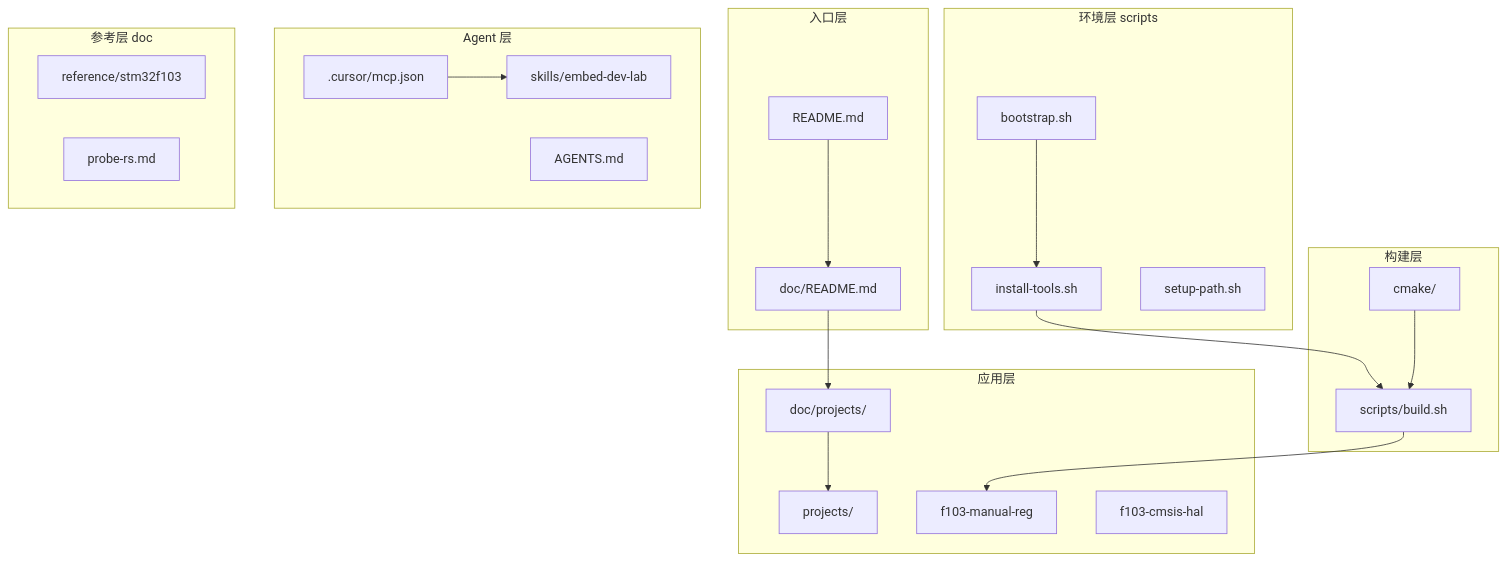
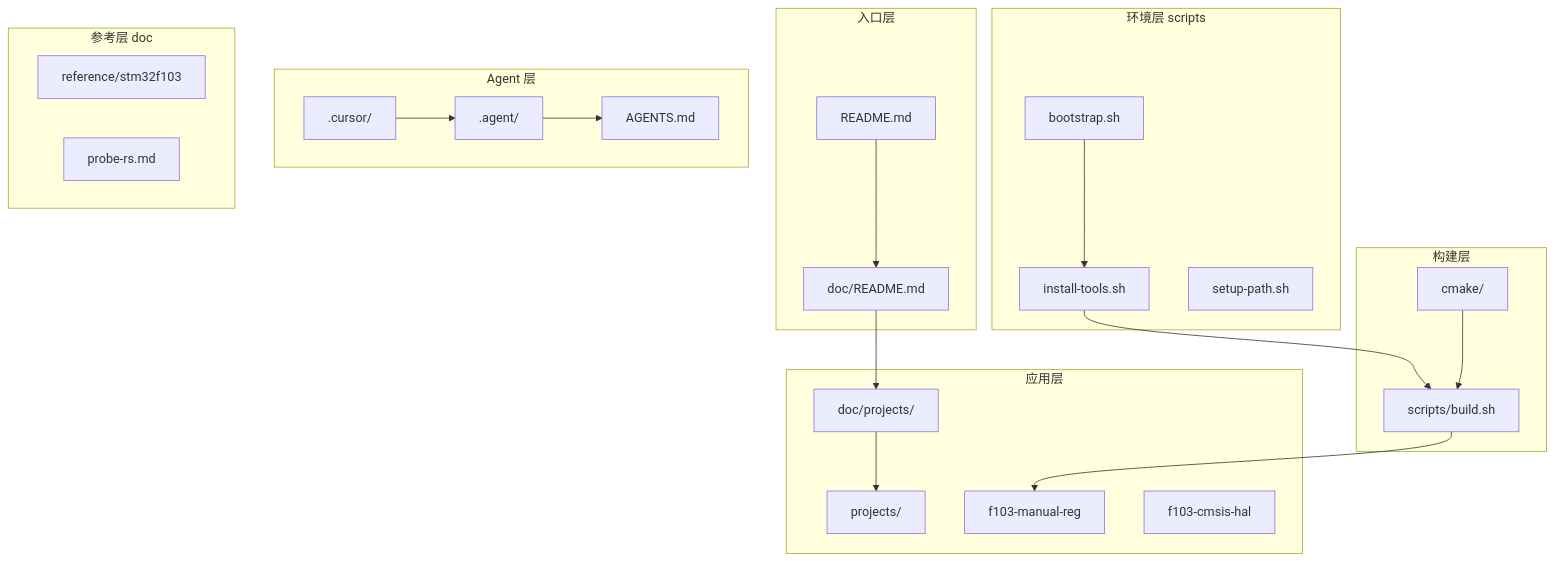
One commit to xiaolitongxue666/embed-dev-lab changed the diagram in README.md. Above: the diagram before and after it, drawn with Mermaid. The commit also changed other lines of this file and 45 other files, not shown here.

Commit message:
feat(agent-config): update .cursor/rules/embed-dev-lab-core.mdc and related changes

````diff
--- a/README.md
+++ b/README.md
@@ -34,37 +34,37 @@
 ```mermaid
 flowchart TB
   subgraph entry [入口层]
     Readme[README.md]
     DocIndex[doc/README.md]
   end
   subgraph app [应用层]
     ProjectsDir[projects/]
     DocProjects[doc/projects/]
     F103[f103-manual-reg]
     HalStub[f103-cmsis-hal]
   end
   subgraph build [构建层]
     Cmake[cmake/]
     BuildSh[scripts/build.sh]
   end
   subgraph env [环境层 scripts]
     Bootstrap[bootstrap.sh]
     Install[install-tools.sh]
     Path[setup-path.sh]
   end
   subgraph agent [Agent 层]
-    CursorMcp[.cursor/mcp.json]
-    Skills[skills/embed-dev-lab]
+    AgentRoot[".agent/"]
+    CursorDir[".cursor/"]
     AgentsMd[AGENTS.md]
   end
   subgraph ref [参考层 doc]
     StDocs[reference/stm32f103]
     ProbeDoc[probe-rs.md]
   end
   Readme --> DocIndex
   DocIndex --> DocProjects
   DocProjects --> ProjectsDir
   Bootstrap --> Install --> BuildSh --> F103
   Cmake --> BuildSh
-  CursorMcp --> Skills
+  CursorDir --> AgentRoot --> AgentsMd
 ```
````
